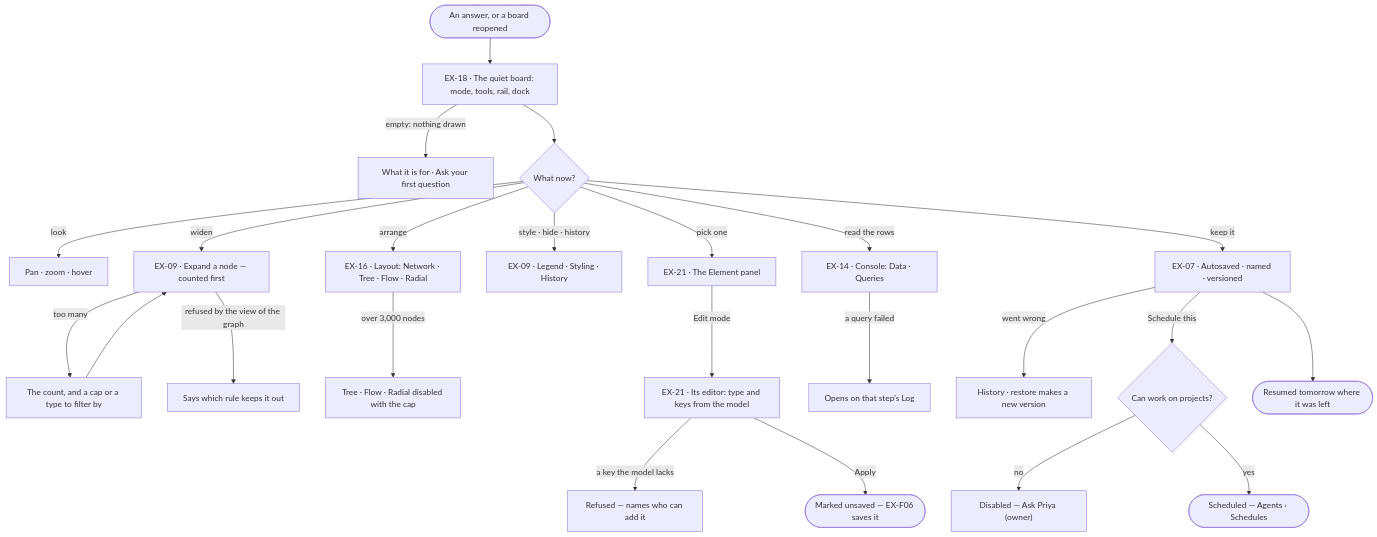
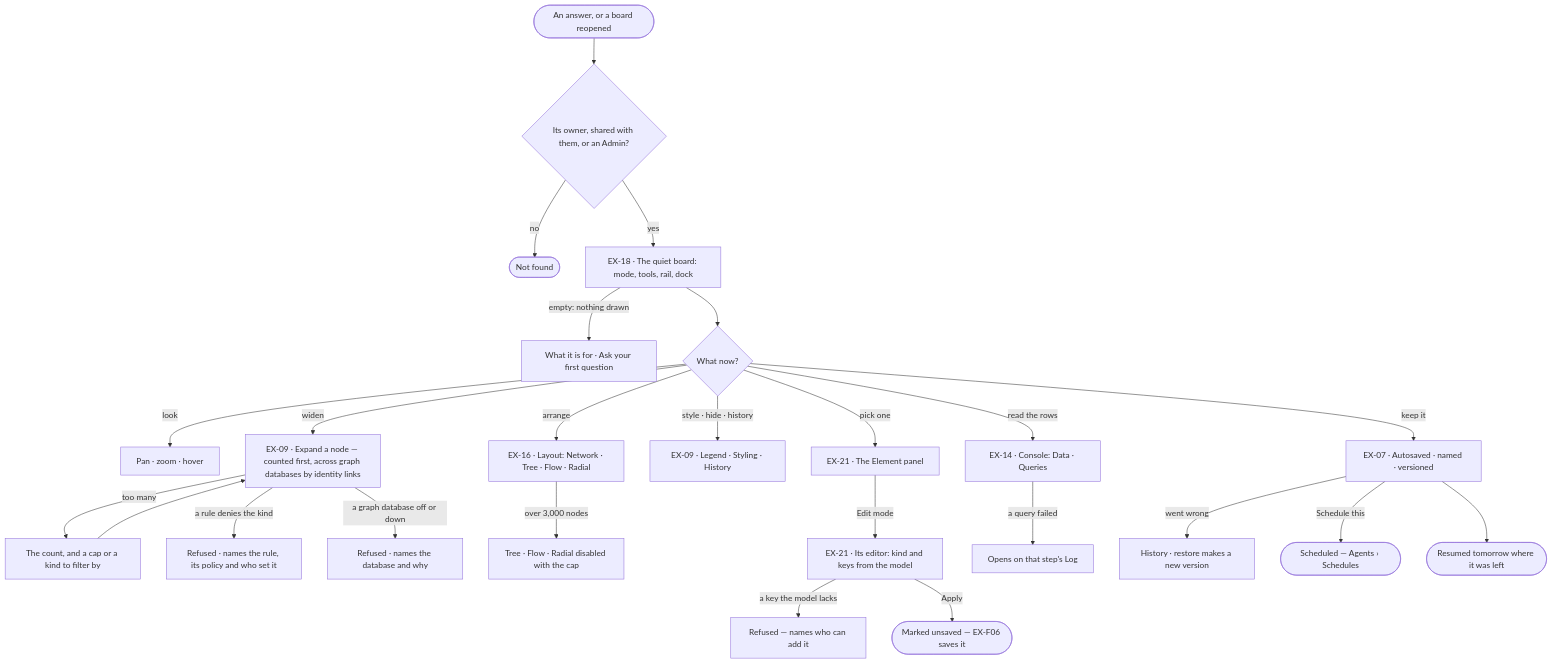
Before and after one commit to invana/invana: the first of 2 diagrams in specs/capabilities/explore/features/EX-F01-the-board-and-its-canvas/feature.md, drawn with Mermaid. The commit also changed other lines of this file and 522 other files, not shown here.

````diff
--- a/specs/capabilities/explore/features/EX-F01-the-board-and-its-canvas/feature.md
+++ b/specs/capabilities/explore/features/EX-F01-the-board-and-its-canvas/feature.md
@@ -22,25 +23,26 @@
 ```mermaid
 flowchart TD
-  start([An answer, or a board reopened]) --> b["EX-18 · The quiet board: mode, tools, rail, dock"]
+  start([An answer, or a board reopened]) --> own{"Its owner, shared with them, or an Admin?"}
+  own -->|no| nf(["Not found"])
+  own -->|yes| b["EX-18 · The quiet board: mode, tools, rail, dock"]
   b -->|empty: nothing drawn| e0["What it is for · Ask your first question"]
   b --> d{What now?}
   d -->|look| look["Pan · zoom · hover"]
-  d -->|widen| ex["EX-09 · Expand a node — counted first"]
-  ex -->|too many| cap["The count, and a cap or a type to filter by"] --> ex
-  ex -->|refused by the view of the graph| rf["Says which rule keeps it out"]
+  d -->|widen| ex["EX-09 · Expand a node — counted first, across graph databases by identity links"]
+  ex -->|too many| cap["The count, and a cap or a kind to filter by"] --> ex
+  ex -->|a rule denies the kind| rf["Refused · names the rule, its policy and who set it"]
+  ex -->|a graph database off or down| off["Refused · names the database and why"]
   d -->|arrange| lay["EX-16 · Layout: Network · Tree · Flow · Radial"]
   lay -->|over 3,000 nodes| big["Tree · Flow · Radial disabled with the cap"]
   d -->|style · hide · history| tools["EX-09 · Legend · Styling · History"]
   d -->|pick one| el["EX-21 · The Element panel"]
-  el -->|Edit mode| edit["EX-21 · Its editor: type and keys from the model"]
+  el -->|Edit mode| edit["EX-21 · Its editor: kind and keys from the model"]
   edit -->|a key the model lacks| kr["Refused — names who can add it"]
   edit -->|Apply| unsaved(["Marked unsaved — EX-F06 saves it"])
   d -->|read the rows| con["EX-14 · Console: Data · Queries"]
   con -->|a query failed| log["Opens on that step's Log"]
   d -->|keep it| keep["EX-07 · Autosaved · named · versioned"]
   keep -->|went wrong| hist["History · restore makes a new version"]
-  keep -->|Schedule this| sch{Can work on projects?}
-  sch -->|no| ask["Disabled — Ask Priya (owner)"]
-  sch -->|yes| sched(["Scheduled — Agents › Schedules"])
+  keep -->|Schedule this| sched(["Scheduled — Agents › Schedules"])
   keep --> done([Resumed tomorrow where it was left])
 ```
````
